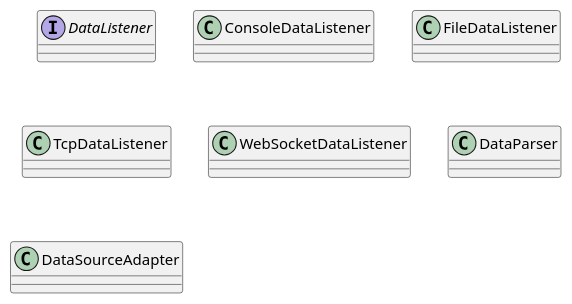
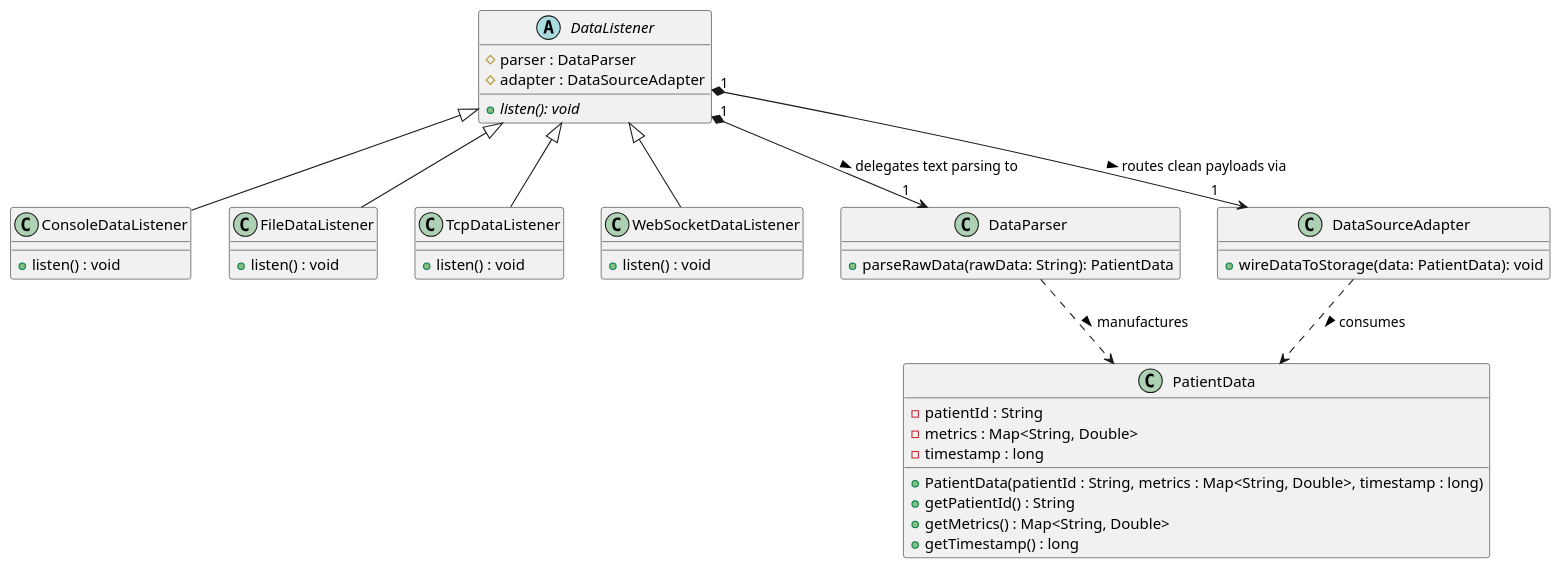
One commit to quacktastic/signal__project changed the diagram in src/uml/DataAccessLayer.puml. Above: the diagram before and after it, drawn with PlantUML.

Commit message:
finished the UML class diagrams

```diff
--- a/src/uml/DataAccessLayer.puml
+++ b/src/uml/DataAccessLayer.puml
@@ -1,30 +1,56 @@
 @startuml
 'https://plantuml.com/class-diagram
 
-interface DataListener {
+abstract class DataListener {
+    # parser : DataParser
+    # adapter : DataSourceAdapter
+    {abstract} + listen(): void
+    
+}
+
+class ConsoleDataListener extends DataListener {
+   + listen() : void
+
 
 }
 
-class ConsoleDataListener {
+class FileDataListener extends DataListener {
+   + listen() : void
 }
 
-class FileDataListener {
+class TcpDataListener extends DataListener {
+   + listen() : void
 }
 
-class TcpDataListener {
-}
-
-class WebSocketDataListener {
+class WebSocketDataListener extends DataListener {
+    + listen() : void
 }
 
 class DataParser {
+   + parseRawData(rawData: String): PatientData
 
 }
 
 class DataSourceAdapter {
+    + wireDataToStorage(data: PatientData): void
 
 }
 
+class PatientData {
+- patientId : String
+- metrics : Map<String, Double>
+- timestamp : long
++ PatientData(patientId : String, metrics : Map<String, Double>, timestamp : long)
++ getPatientId() : String
++ getMetrics() : Map<String, Double>
++ getTimestamp() : long
+}
+
+
+DataListener "1" *--> "1" DataParser : "delegates text parsing to >"
+DataListener "1" *--> "1" DataSourceAdapter : "routes clean payloads via >"
+DataParser ..> PatientData : "manufactures >"
+DataSourceAdapter ..> PatientData : "consumes >"
 
 
 @enduml
```
